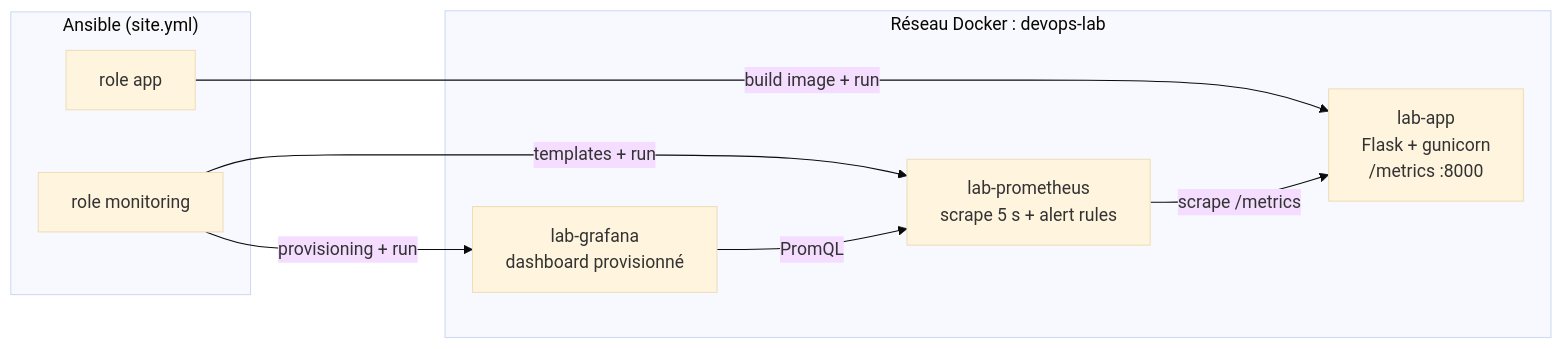
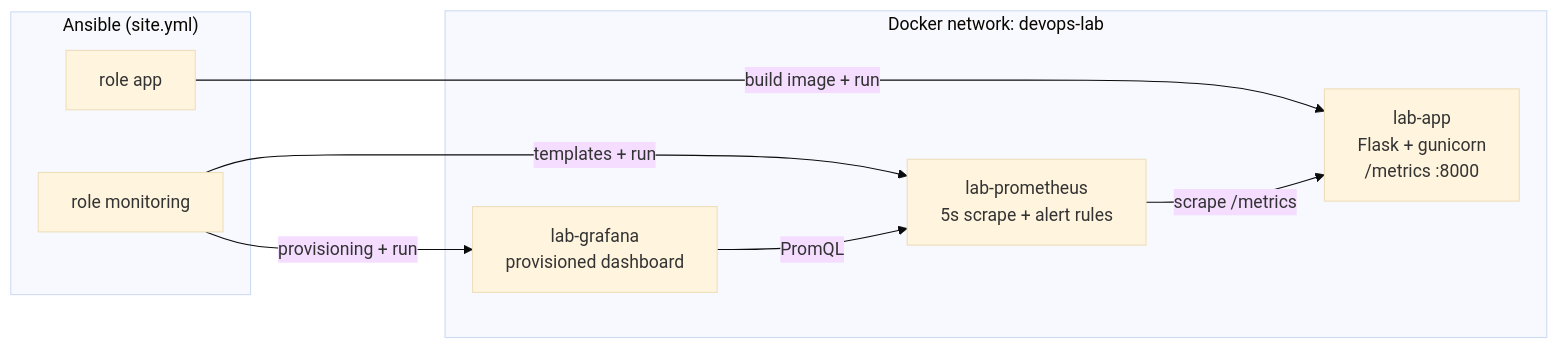
One commit to Marin-Weis/devops-monitoring-lab changed the diagram in README.md. Above: the diagram before and after it, drawn with Mermaid (base theme). The commit also changed other lines of this file and 16 other files, not shown here.

````diff
--- a/README.md
+++ b/README.md
@@ -17,17 +17,17 @@
 ```mermaid
 flowchart LR
     subgraph Ansible["Ansible (site.yml)"]
         R1[role app]
         R2[role monitoring]
     end
-    subgraph Docker["Réseau Docker : devops-lab"]
+    subgraph Docker["Docker network: devops-lab"]
         APP["lab-app<br/>Flask + gunicorn<br/>/metrics :8000"]
-        PROM["lab-prometheus<br/>scrape 5 s + alert rules"]
-        GRAF["lab-grafana<br/>dashboard provisionné"]
+        PROM["lab-prometheus<br/>5s scrape + alert rules"]
+        GRAF["lab-grafana<br/>provisioned dashboard"]
     end
     R1 -->|build image + run| APP
     R2 -->|templates + run| PROM
     R2 -->|provisioning + run| GRAF
     PROM -->|scrape /metrics| APP
     GRAF -->|PromQL| PROM
 ```
````
